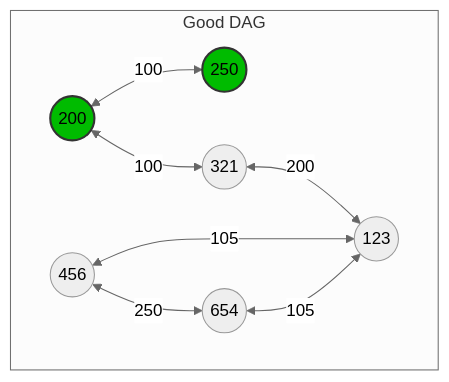
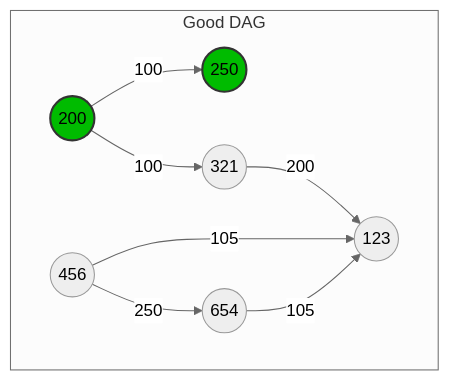
The tenth of 17 diagrams in documents/technical/technical_specification.md (algosup/2024-2025-project-3-quickest-path-team-2), drawn with Mermaid (neutral theme) before and after one commit. The commit also changed other lines of this file, not shown here.

````diff
--- a/documents/technical/technical_specification.md
+++ b/documents/technical/technical_specification.md
@@ -447,12 +450,12 @@
 ```mermaid
 graph
     subgraph Good DAG
-        a((200)):::yes -- 100 <--> b((250)):::yes
+        a((200)):::yes -- 100 --> b((250)):::yes
         classDef yes fill:#0b0,stroke:#333,stroke-width:2px;
-        c((321)) -- 200 <--> d((123))
-        e((456)) -- 250 <--> f((654))
-        e -- 105 <--> d
-        f -- 105 <--> d
-        a -- 100 <--> c
+        c((321)) -- 200 --> d((123))
+        e((456)) -- 250 --> f((654))
+        e -- 105 --> d
+        f -- 105 --> d
+        a -- 100 --> c
     end
 ```
````
